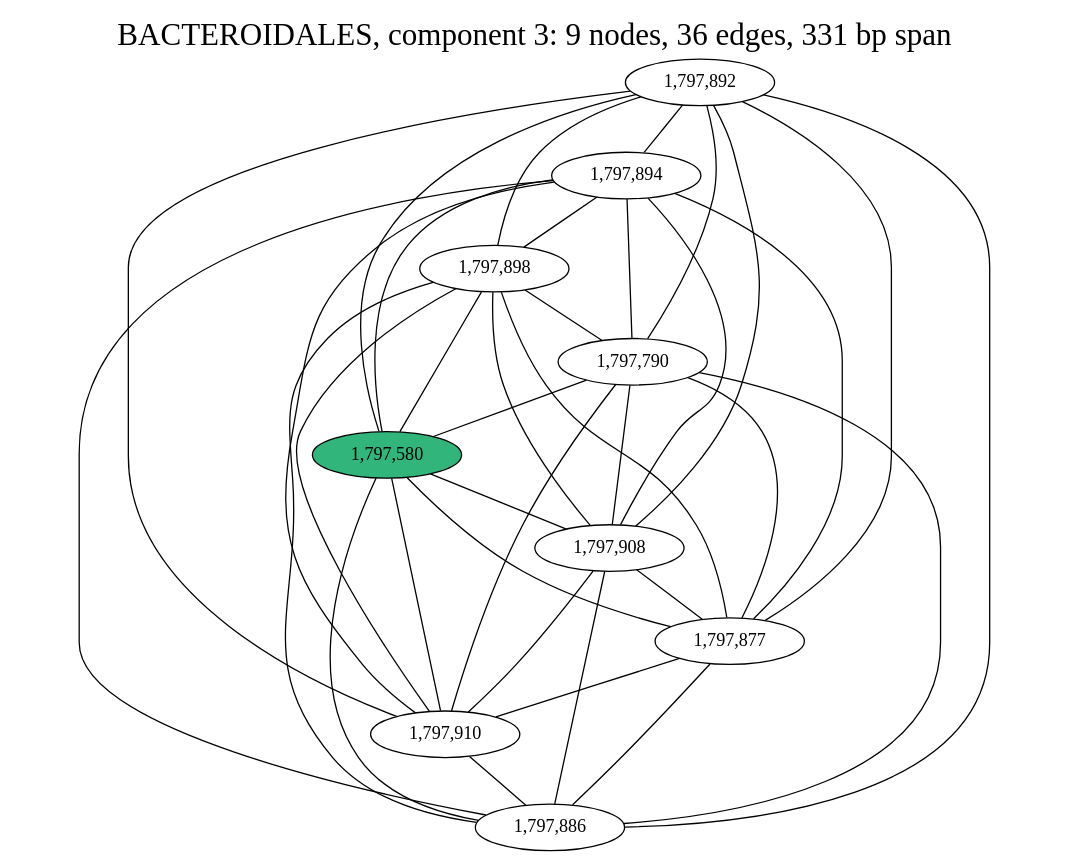
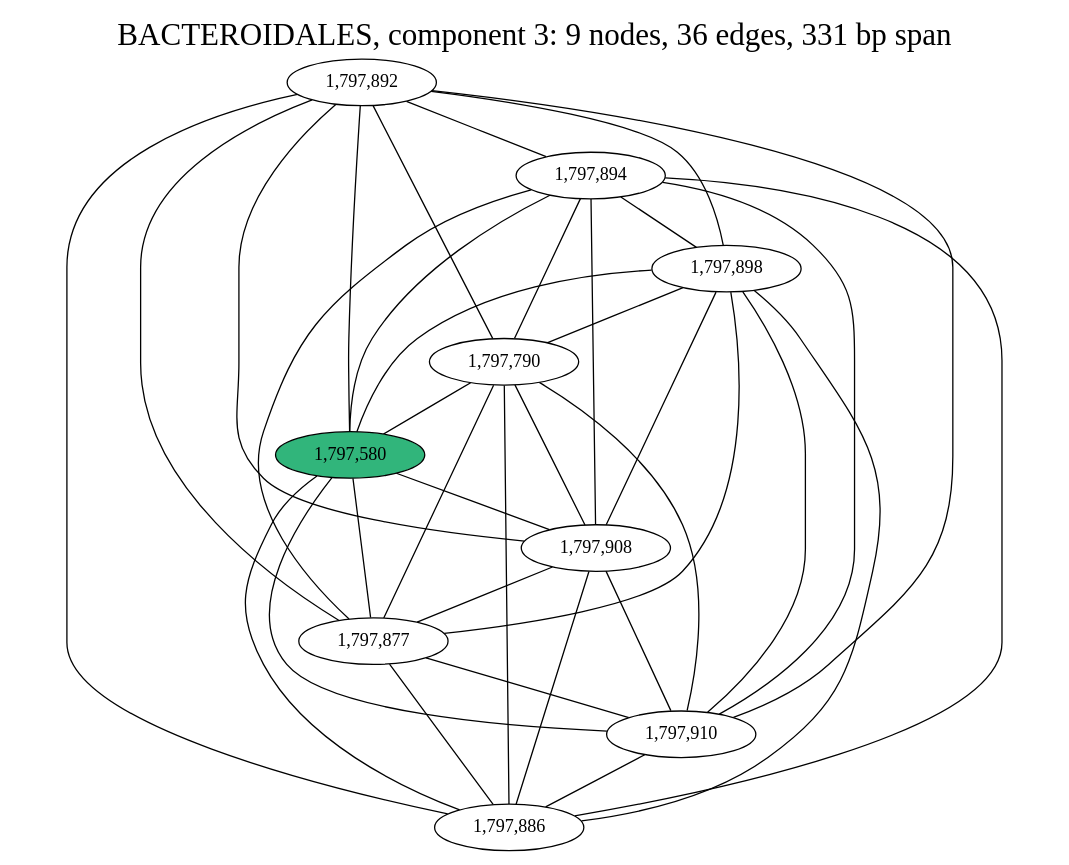
One commit to fedarko/sheepgut changed the diagram in notebooks/graphs/BACTEROIDALES_cc3.gv. Above: the diagram before and after it, drawn with Graphviz. The commit also changed other lines of this file and 57 other files, not shown here.

```diff
--- a/notebooks/graphs/BACTEROIDALES_cc3.gv
+++ b/notebooks/graphs/BACTEROIDALES_cc3.gv
@@ -1,53 +1,53 @@
 graph BACTEROIDALES_cc3 {
 	overlap="prism50";
 	outputorder="edgesfirst";
 	node [style="filled"];
 	label="BACTEROIDALES, component 3: 9 nodes, 36 edges, 331 bp span";
 	labelloc="t";
 	fontsize=24;
+	"1,797,580" [fillcolor="#31b57b", fontcolor="#000000"];
+	"1,797,790" [fillcolor="#ffffff", fontcolor="#000000"];
+	"1,797,877" [fillcolor="#ffffff", fontcolor="#000000"];
+	"1,797,886" [fillcolor="#ffffff", fontcolor="#000000"];
 	"1,797,892" [fillcolor="#ffffff", fontcolor="#000000"];
 	"1,797,894" [fillcolor="#ffffff", fontcolor="#000000"];
 	"1,797,898" [fillcolor="#ffffff", fontcolor="#000000"];
-	"1,797,790" [fillcolor="#ffffff", fontcolor="#000000"];
-	"1,797,580" [fillcolor="#31b57b", fontcolor="#000000"];
 	"1,797,908" [fillcolor="#ffffff", fontcolor="#000000"];
-	"1,797,877" [fillcolor="#ffffff", fontcolor="#000000"];
 	"1,797,910" [fillcolor="#ffffff", fontcolor="#000000"];
-	"1,797,886" [fillcolor="#ffffff", fontcolor="#000000"];
 	"1,797,892" -- "1,797,580";
 	"1,797,892" -- "1,797,790";
 	"1,797,892" -- "1,797,877";
 	"1,797,892" -- "1,797,886";
 	"1,797,892" -- "1,797,894";
 	"1,797,892" -- "1,797,898";
 	"1,797,892" -- "1,797,908";
 	"1,797,892" -- "1,797,910";
 	"1,797,894" -- "1,797,580";
 	"1,797,894" -- "1,797,790";
 	"1,797,894" -- "1,797,877";
 	"1,797,894" -- "1,797,886";
 	"1,797,894" -- "1,797,898";
 	"1,797,894" -- "1,797,908";
 	"1,797,894" -- "1,797,910";
 	"1,797,898" -- "1,797,580";
 	"1,797,898" -- "1,797,790";
 	"1,797,898" -- "1,797,877";
 	"1,797,898" -- "1,797,886";
 	"1,797,898" -- "1,797,908";
 	"1,797,898" -- "1,797,910";
 	"1,797,790" -- "1,797,580";
 	"1,797,790" -- "1,797,877";
 	"1,797,790" -- "1,797,886";
 	"1,797,790" -- "1,797,908";
 	"1,797,790" -- "1,797,910";
 	"1,797,580" -- "1,797,877";
 	"1,797,580" -- "1,797,886";
 	"1,797,580" -- "1,797,908";
 	"1,797,580" -- "1,797,910";
 	"1,797,908" -- "1,797,877";
 	"1,797,908" -- "1,797,886";
 	"1,797,908" -- "1,797,910";
 	"1,797,877" -- "1,797,886";
 	"1,797,877" -- "1,797,910";
 	"1,797,910" -- "1,797,886";
 }
```
